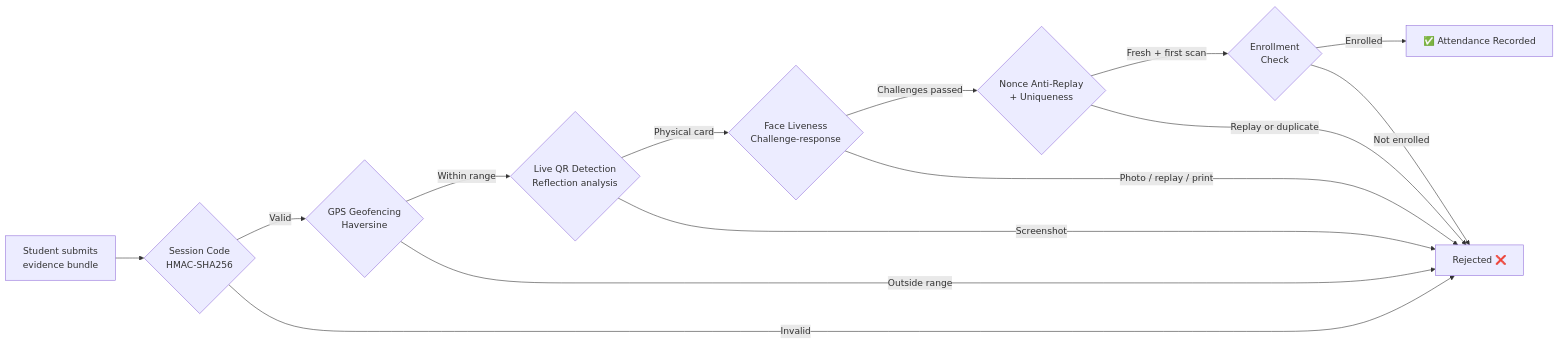
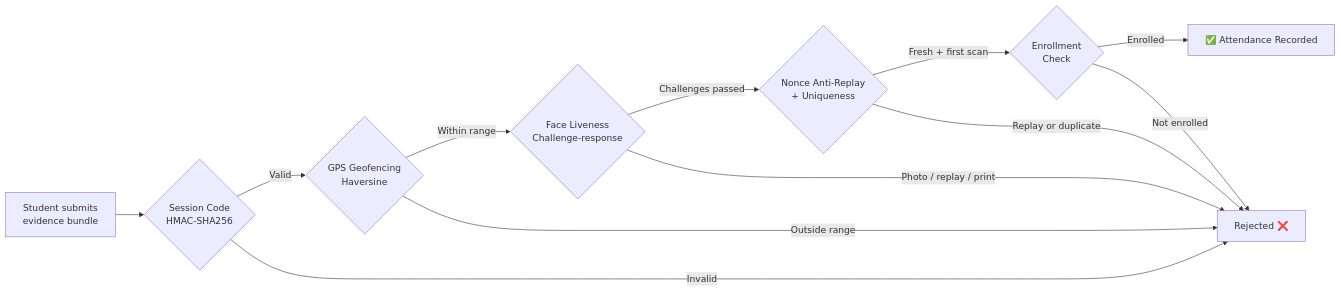
One commit to dhenji/qr_based_attendance_system changed the third of 3 diagrams in docs/presentations/presentation-slides.md. Above: the diagram before and after it, drawn with Mermaid. The commit also changed other lines of this file and 47 other files, not shown here.

````diff
--- a/docs/presentations/presentation-slides.md
+++ b/docs/presentations/presentation-slides.md
@@ -152,16 +151,14 @@
 ```mermaid
 flowchart LR
     A[Student submits<br>evidence bundle] --> B{Session Code<br>HMAC-SHA256}
     B -->|Valid| C{GPS Geofencing<br>Haversine}
     B -->|Invalid| X[Rejected ❌]
-    C -->|Within range| D{Live QR Detection<br>Reflection analysis}
+    C -->|Within range| E{Face Liveness<br>Challenge-response}
     C -->|Outside range| X
-    D -->|Physical card| E{Face Liveness<br>Challenge-response}
-    D -->|Screenshot| X
     E -->|Challenges passed| F{Nonce Anti-Replay<br>+ Uniqueness}
     E -->|Photo / replay / print| X
     F -->|Fresh + first scan| G{Enrollment<br>Check}
     F -->|Replay or duplicate| X
     G -->|Enrolled| H[✅ Attendance Recorded]
     G -->|Not enrolled| X
 ```
````
